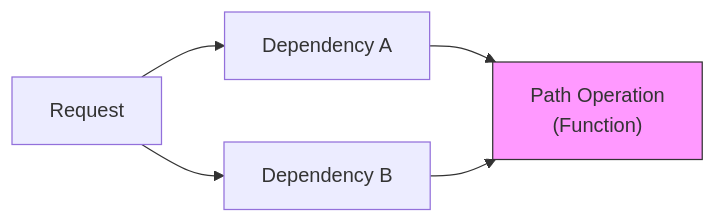
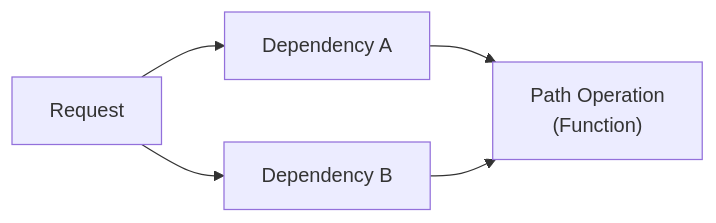
One commit to Devliang24/bloghub changed the diagram in fastapi/09-依赖注入入门.md. Above: the diagram before and after it, drawn with Mermaid. The commit also changed 8 other files, not shown here.

Commit message:
🎨 移除 Mermaid 流程图的节点颜色样式

````diff
--- a/fastapi/09-依赖注入入门.md
+++ b/fastapi/09-依赖注入入门.md
@@ -22,9 +22,8 @@
 ```mermaid
 graph LR
     Req[Request] --> Dep1[Dependency A]
     Req --> Dep2[Dependency B]
     Dep1 --> PathOp["Path Operation<br>(Function)"]
     Dep2 --> PathOp
     
-    style PathOp fill:#f9f,stroke:#333
 ```
````
